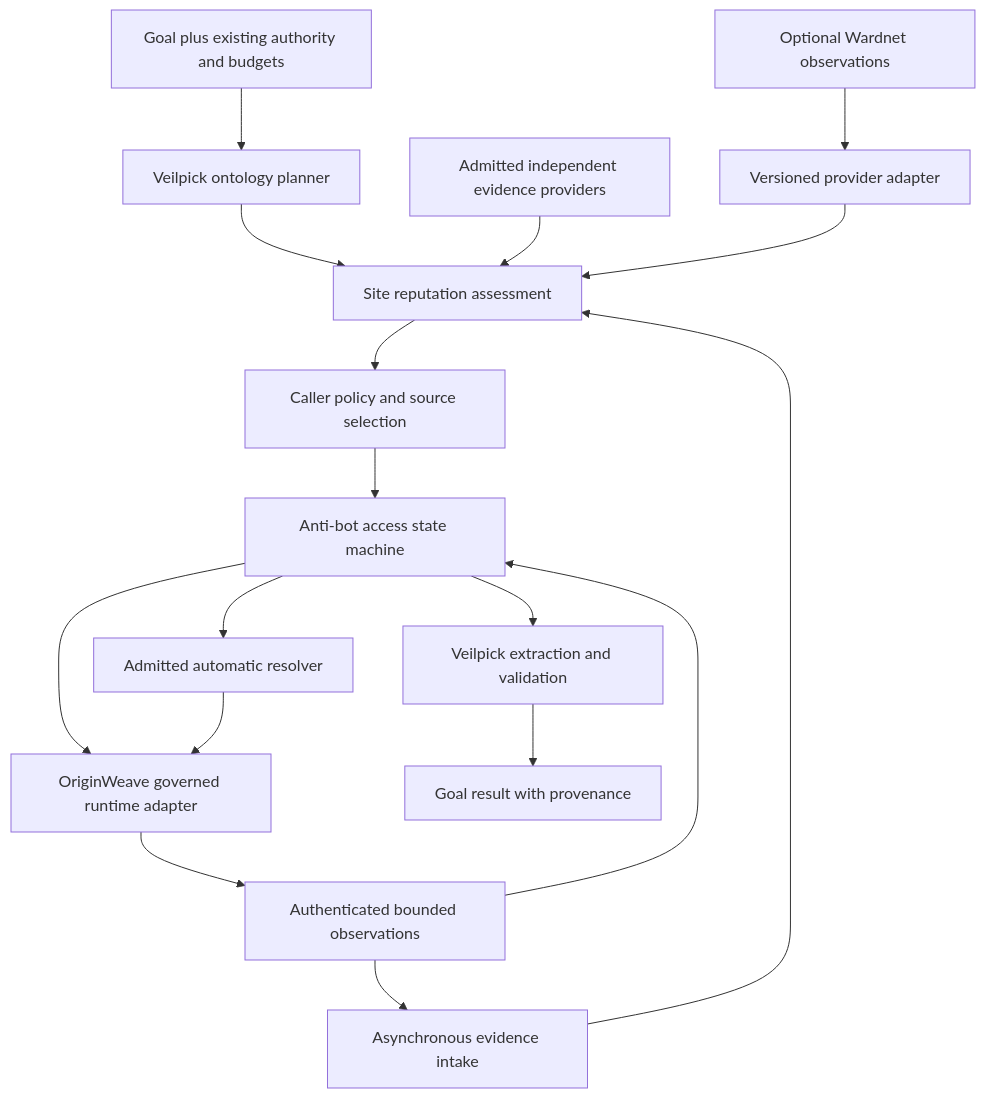
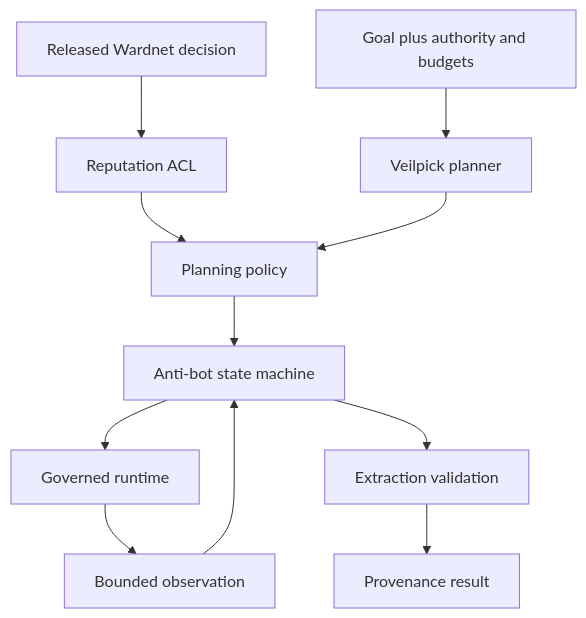
One commit to ContextualWisdomLab/Veilpick changed the diagram in docs/design/access-and-reputation-engines.md. Above: the diagram before and after it, drawn with Mermaid. The commit also changed other lines of this file and 6 other files, not shown here.

Commit message:
docs: restore Wardnet reputation ownership

````diff
--- a/docs/design/access-and-reputation-engines.md
+++ b/docs/design/access-and-reputation-engines.md
@@ -23,19 +21,13 @@
 ```mermaid
 flowchart TD
-  Goal[Goal plus existing authority and budgets] --> Planner[Veilpick ontology planner]
-  Planner --> Reputation[Site reputation assessment]
-  Feeds[Admitted independent evidence providers] --> Reputation
-  Wardnet[Optional Wardnet observations] --> FeedAdapter[Versioned provider adapter]
-  FeedAdapter --> Reputation
-  Reputation --> Policy[Caller policy and source selection]
-  Policy --> Access[Anti-bot access state machine]
-  Access --> Runtime[OriginWeave governed runtime adapter]
-  Runtime --> Observation[Authenticated bounded observations]
+  Goal[Goal plus authority and budgets] --> Planner[Veilpick planner]
+  Wardnet[Released Wardnet decision] --> ACL[Reputation ACL]
+  ACL --> Policy[Planning policy]
+  Planner --> Policy
+  Policy --> Access[Anti-bot state machine]
+  Access --> Runtime[Governed runtime]
+  Runtime --> Observation[Bounded observation]
   Observation --> Access
-  Access --> Resolver[Admitted automatic resolver]
-  Resolver --> Runtime
-  Access --> Extract[Veilpick extraction and validation]
-  Extract --> Result[Goal result with provenance]
-  Observation --> Intake[Asynchronous evidence intake]
-  Intake --> Reputation
+  Access --> Extract[Extraction validation]
+  Extract --> Result[Provenance result]
 ```
````
